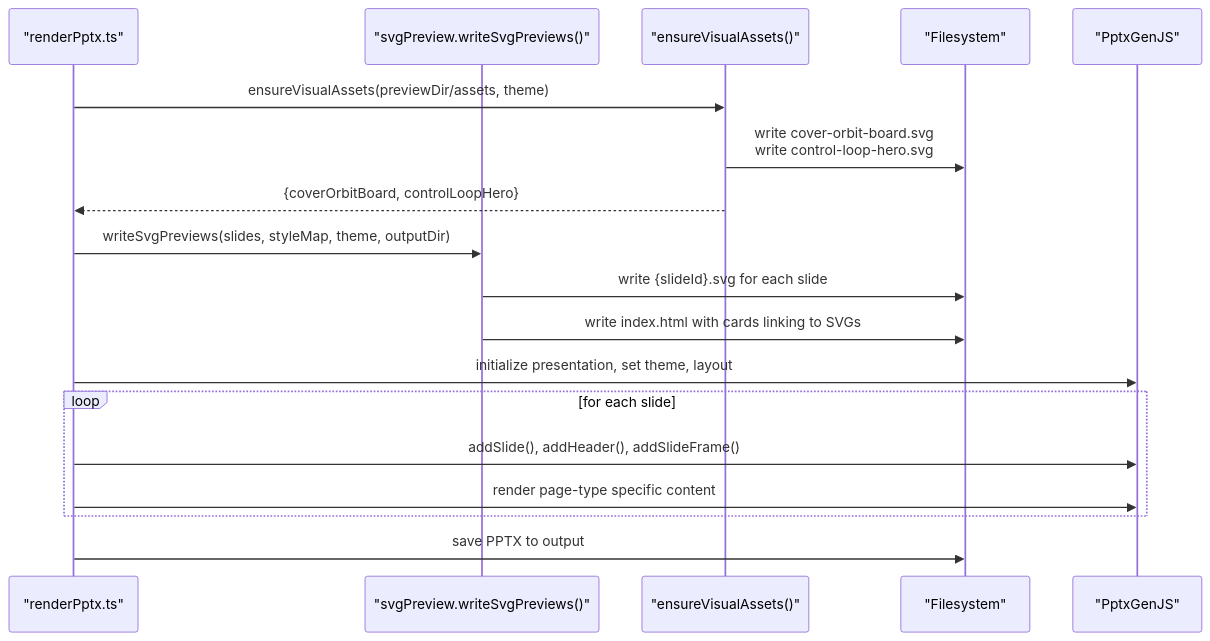
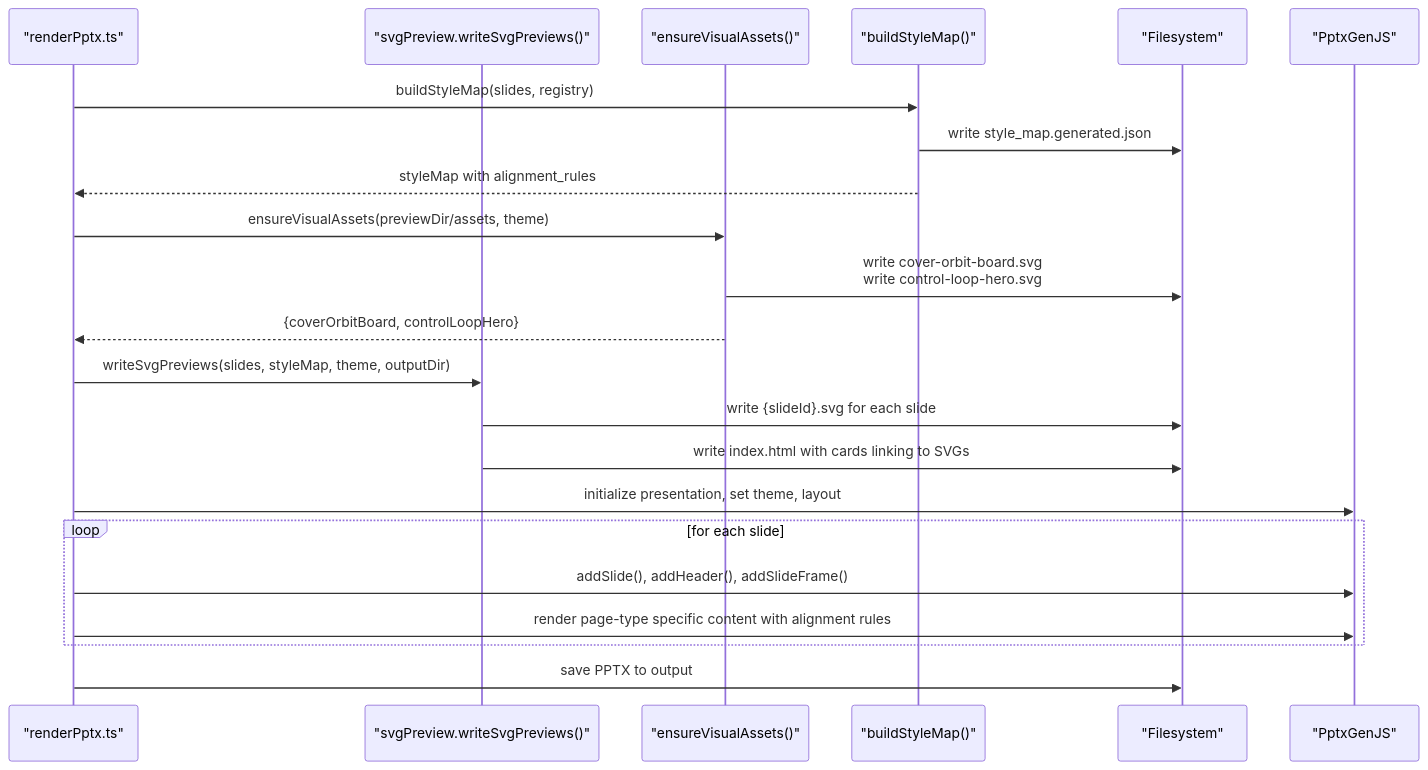
Before and after one commit to brantzh6/deepPPT: the second of 11 diagrams in .qoder/repowiki/en/content/Rendering Pipeline/Preview System.md, drawn with Mermaid. The commit also changed other lines of this file and 18 other files, not shown here.

Commit message:
Redesign layered_architecture_stack with compact annotation pills following OpenClaw seed reference

````diff
--- a/.qoder/repowiki/en/content/Rendering Pipeline/Preview System.md
+++ b/.qoder/repowiki/en/content/Rendering Pipeline/Preview System.md
@@ -119,20 +143,24 @@
 ```mermaid
 sequenceDiagram
 participant CLI as "renderPptx.ts"
 participant SP as "svgPreview.writeSvgPreviews()"
 participant VA as "ensureVisualAssets()"
+participant BSM as "buildStyleMap()"
 participant FS as "Filesystem"
 participant PPTX as "PptxGenJS"
+CLI->>BSM : buildStyleMap(slides, registry)
+BSM->>FS : write style_map.generated.json
+BSM-->>CLI : styleMap with alignment_rules
 CLI->>VA : ensureVisualAssets(previewDir/assets, theme)
 VA->>FS : write cover-orbit-board.svg<br/>write control-loop-hero.svg
 VA-->>CLI : {coverOrbitBoard, controlLoopHero}
 CLI->>SP : writeSvgPreviews(slides, styleMap, theme, outputDir)
 SP->>FS : write {slideId}.svg for each slide
 SP->>FS : write index.html with cards linking to SVGs
 CLI->>PPTX : initialize presentation, set theme, layout
 loop for each slide
 CLI->>PPTX : addSlide(), addHeader(), addSlideFrame()
-CLI->>PPTX : render page-type specific content
+CLI->>PPTX : render page-type specific content with alignment rules
 end
 CLI->>FS : save PPTX to output
 ```
````
